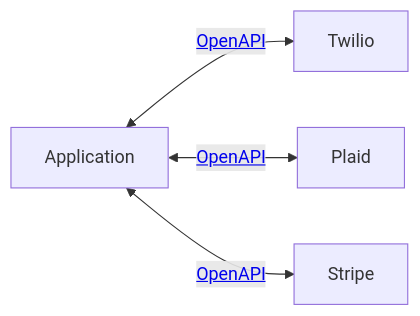
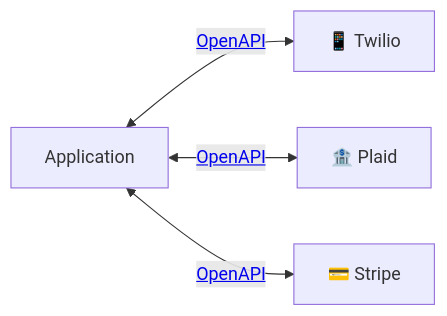
One commit to taneron/konfig changed the third of 4 diagrams in generator/konfig-docs/blog/2023/07/11-openapi.mdx. Above: the diagram before and after it, drawn with Mermaid. The commit also changed other lines of this file, not shown here.

````diff
--- a/generator/konfig-docs/blog/2023/07/11-openapi.mdx
+++ b/generator/konfig-docs/blog/2023/07/11-openapi.mdx
@@ -64,6 +64,6 @@
 ```mermaid
 flowchart LR
-    A[Application] <-->|<a href="https://www.twilio.com/docs/openapi">OpenAPI</a>| W[Twilio]
-    A <-->|<a href="https://github.com/plaid/plaid-openapi">OpenAPI</a>| S[Plaid]
-    A <-->|<a href="https://github.com/stripe/openapi">OpenAPI</a>| P[Stripe]
+    A[Application] <-->|<a href="https://www.twilio.com/docs/openapi">OpenAPI</a>| W["📱 Twilio"]
+    A <-->|<a href="https://github.com/plaid/plaid-openapi">OpenAPI</a>| S["🏦 Plaid"]
+    A <-->|<a href="https://github.com/stripe/openapi">OpenAPI</a>| P["💳 Stripe"]
 ```
````
